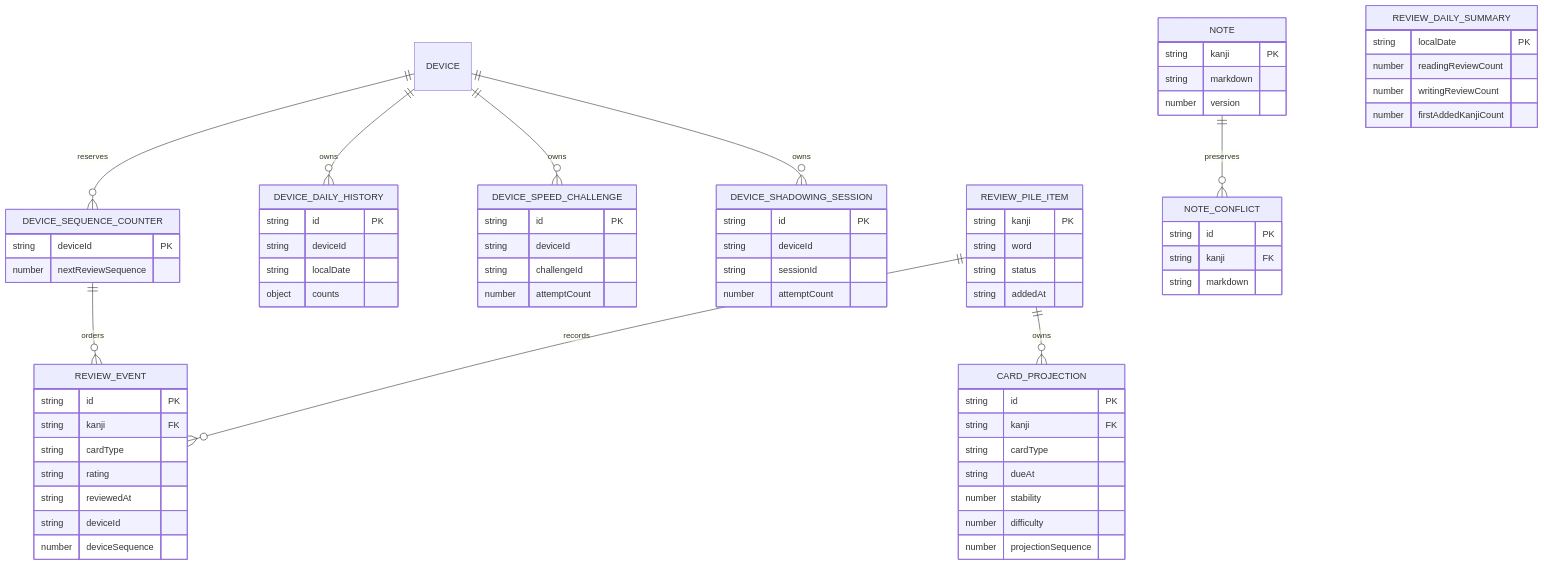
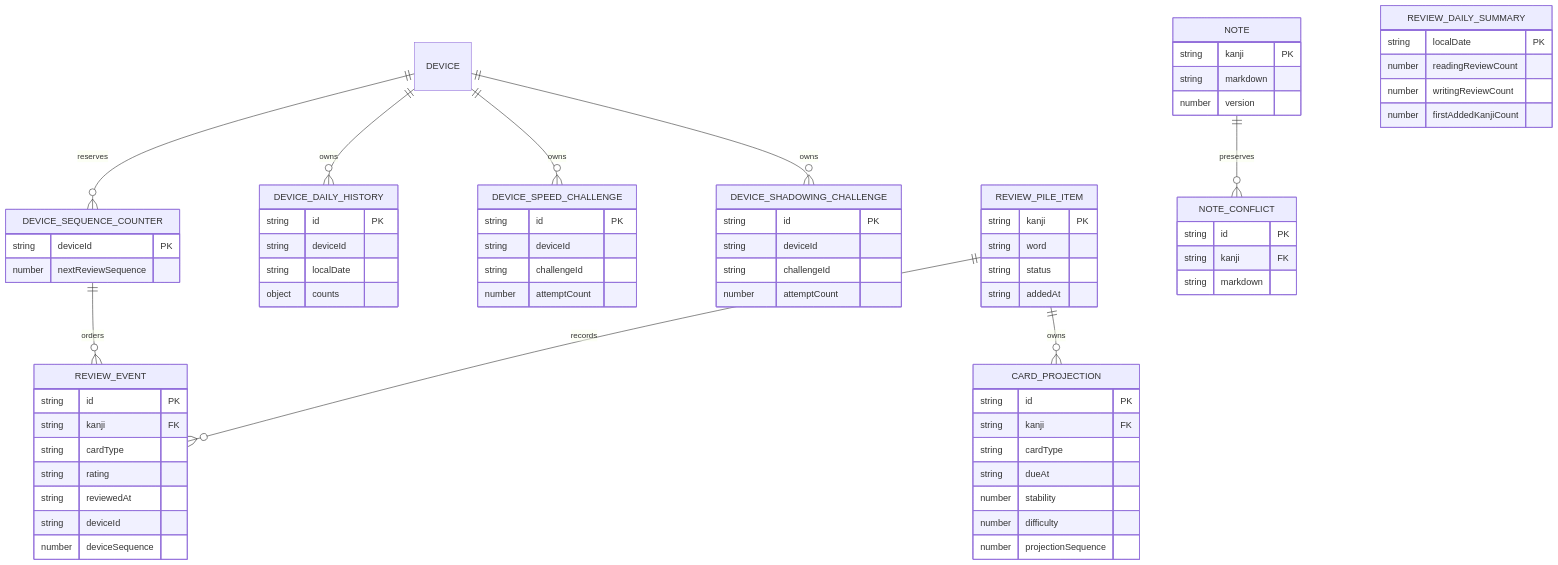
One commit to PikaPikaGems/kanji-heatmap changed the seventh of 11 diagrams in docs/notes/STUDY-ENGINE-PLAN-V2.md. Above: the diagram before and after it, drawn with Mermaid. The commit also changed other lines of this file and 2 other files, not shown here.

````diff
--- a/docs/notes/STUDY-ENGINE-PLAN-V2.md
+++ b/docs/notes/STUDY-ENGINE-PLAN-V2.md
@@ -1403,74 +1554,74 @@
 ```mermaid
 erDiagram
     DEVICE ||--o{ DEVICE_SEQUENCE_COUNTER : reserves
     DEVICE ||--o{ DEVICE_DAILY_HISTORY : owns
     DEVICE ||--o{ DEVICE_SPEED_CHALLENGE : owns
-    DEVICE ||--o{ DEVICE_SHADOWING_SESSION : owns
+    DEVICE ||--o{ DEVICE_SHADOWING_CHALLENGE : owns
     DEVICE_SEQUENCE_COUNTER ||--o{ REVIEW_EVENT : orders
     REVIEW_PILE_ITEM ||--o{ CARD_PROJECTION : owns
     REVIEW_PILE_ITEM ||--o{ REVIEW_EVENT : records
     NOTE ||--o{ NOTE_CONFLICT : preserves
 
     REVIEW_PILE_ITEM {
         string kanji PK
         string word
         string status
         string addedAt
     }
     DEVICE_SEQUENCE_COUNTER {
         string deviceId PK
         number nextReviewSequence
     }
     CARD_PROJECTION {
         string id PK
         string kanji FK
         string cardType
         string dueAt
         number stability
         number difficulty
         number projectionSequence
     }
     REVIEW_EVENT {
         string id PK
         string kanji FK
         string cardType
         string rating
         string reviewedAt
         string deviceId
         number deviceSequence
     }
     DEVICE_DAILY_HISTORY {
         string id PK
         string deviceId
         string localDate
         object counts
     }
     DEVICE_SPEED_CHALLENGE {
         string id PK
         string deviceId
         string challengeId
         number attemptCount
     }
-    DEVICE_SHADOWING_SESSION {
+    DEVICE_SHADOWING_CHALLENGE {
         string id PK
         string deviceId
-        string sessionId
+        string challengeId
         number attemptCount
     }
     REVIEW_DAILY_SUMMARY {
         string localDate PK
         number readingReviewCount
         number writingReviewCount
         number firstAddedKanjiCount
     }
     NOTE {
         string kanji PK
         string markdown
         number version
     }
     NOTE_CONFLICT {
         string id PK
         string kanji FK
         string markdown
     }
 ```
````
